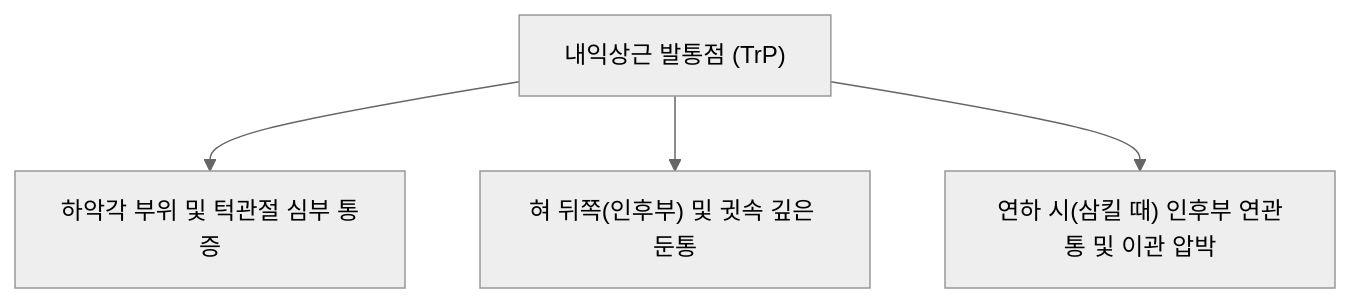
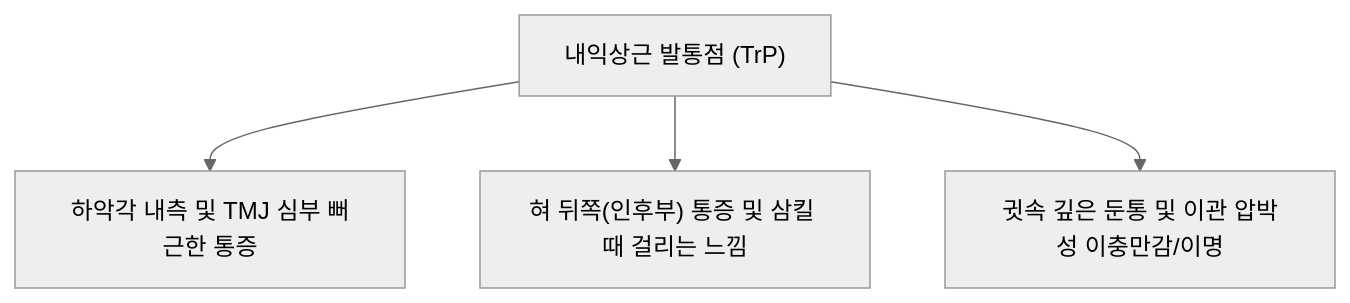
The second of 2 diagrams in content/1. 근골격계 공부/근육/(1) 안면부/내익상근.md (simbio11/simbio-digital-garden2), drawn with Mermaid (neutral theme) before and after one commit. The commit also changed other lines of this file and 875 other files, not shown here.

````diff
--- a/content/1. 근골격계 공부/근육/(1) 안면부/내익상근.md
+++ b/content/1. 근골격계 공부/근육/(1) 안면부/내익상근.md
@@ -62,6 +76,6 @@
 ```mermaid
 graph TD
-    TP["내익상근 발통점 (TrP)"] --> Zone1["하악각 부위 및 턱관절 심부 통증"]
-    TP --> Zone2["혀 뒤쪽(인후부) 및 귓속 깊은 둔통"]
-    TP --> Zone3["연하 시(삼킬 때) 인후부 연관통 및 이관 압박"]
+    TP["내익상근 발통점 (TrP)"] --> Zone1["하악각 내측 및 TMJ 심부 뻐근한 통증"]
+    TP --> Zone2["혀 뒤쪽(인후부) 통증 및 삼킬 때 걸리는 느낌"]
+    TP --> Zone3["귓속 깊은 둔통 및 이관 압박성 이충만감/이명"]
 ```
````
